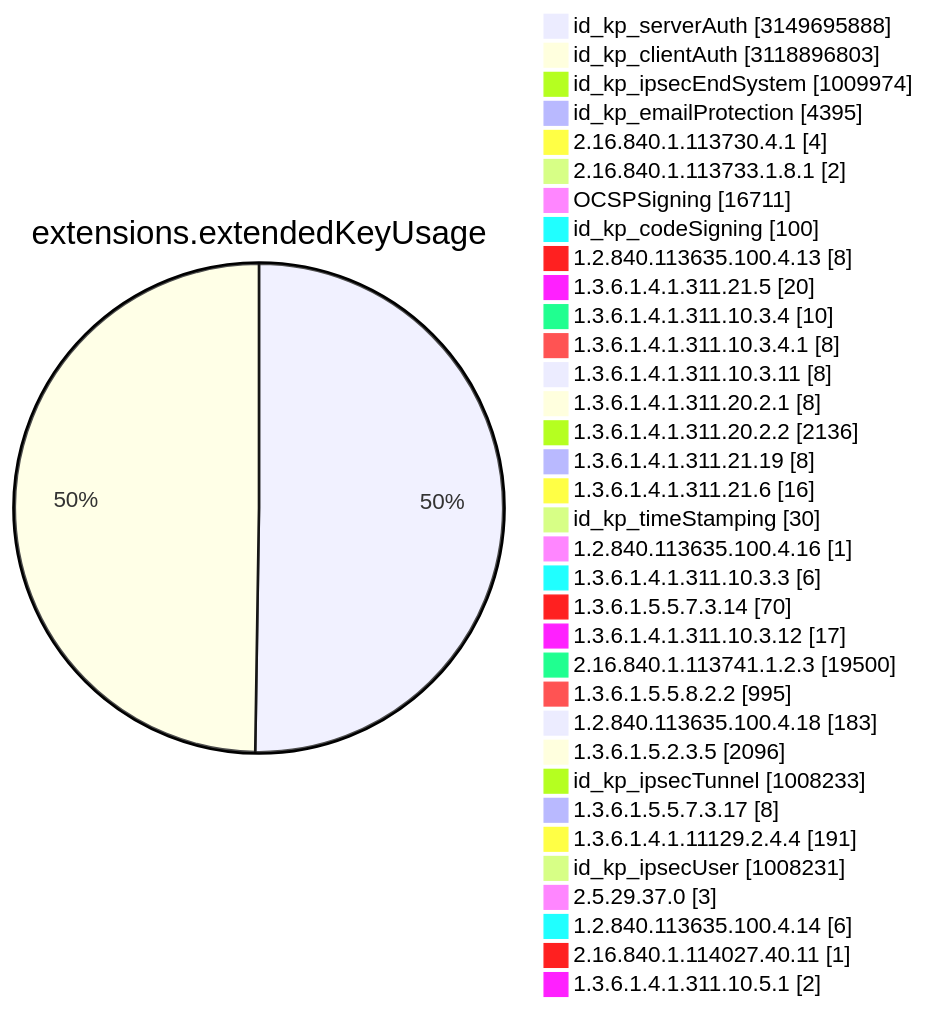
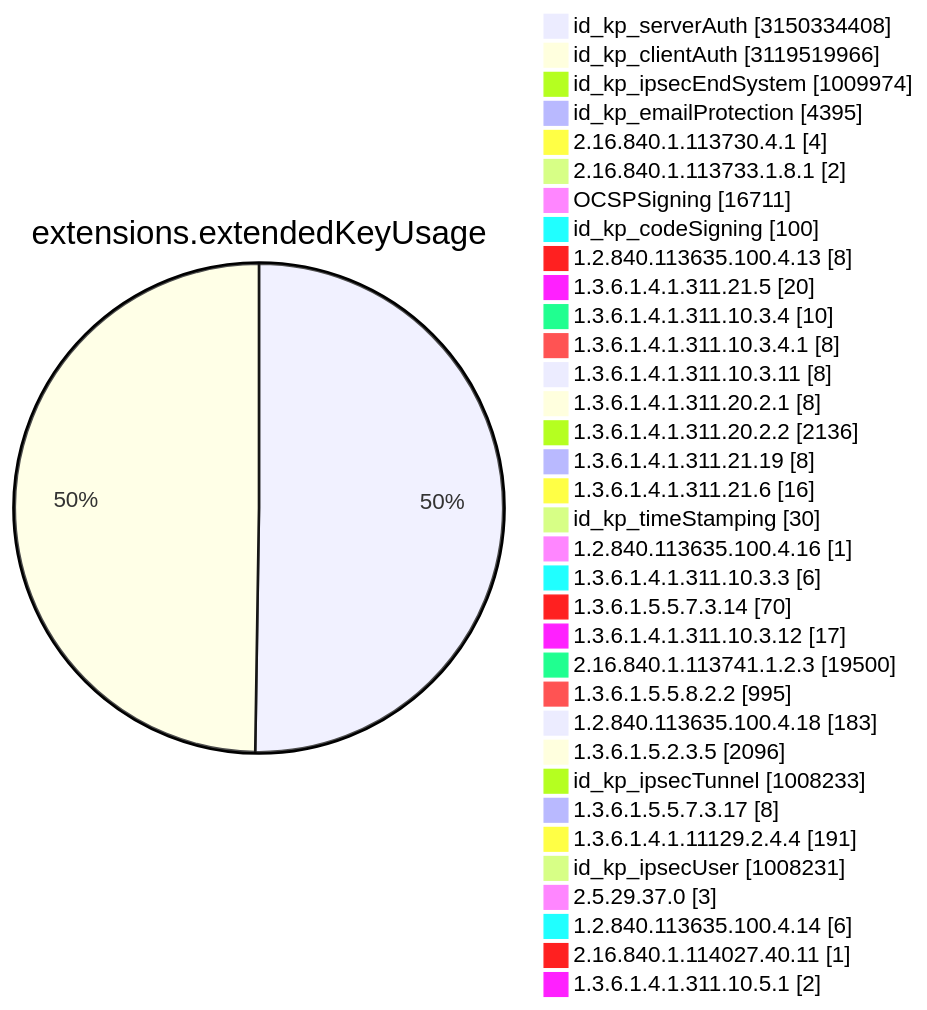
Before and after one commit to christiankrug/ctmonitor_visualization: diagram 11 of 15 in TOTAL/README.md, drawn with Mermaid. The commit also changed other lines of this file, not shown here.

````diff
--- a/TOTAL/README.md
+++ b/TOTAL/README.md
@@ -4119,38 +4119,38 @@
 ```mermaid
 pie showData
 title extensions.extendedKeyUsage
-"id_kp_serverAuth" :3149695888
-"id_kp_clientAuth" :3118896803
+"id_kp_serverAuth" :3150334408
+"id_kp_clientAuth" :3119519966
 "id_kp_ipsecEndSystem" :1009974
 "id_kp_emailProtection" :4395
 "2.16.840.1.113730.4.1" :4
 "2.16.840.1.113733.1.8.1" :2
 "OCSPSigning" :16711
 "id_kp_codeSigning" :100
 "1.2.840.113635.100.4.13" :8
 "1.3.6.1.4.1.311.21.5" :20
 "1.3.6.1.4.1.311.10.3.4" :10
 "1.3.6.1.4.1.311.10.3.4.1" :8
 "1.3.6.1.4.1.311.10.3.11" :8
 "1.3.6.1.4.1.311.20.2.1" :8
 "1.3.6.1.4.1.311.20.2.2" :2136
 "1.3.6.1.4.1.311.21.19" :8
 "1.3.6.1.4.1.311.21.6" :16
 "id_kp_timeStamping" :30
 "1.2.840.113635.100.4.16" :1
 "1.3.6.1.4.1.311.10.3.3" :6
 "1.3.6.1.5.5.7.3.14" :70
 "1.3.6.1.4.1.311.10.3.12" :17
 "2.16.840.1.113741.1.2.3" :19500
 "1.3.6.1.5.5.8.2.2" :995
 "1.2.840.113635.100.4.18" :183
 "1.3.6.1.5.2.3.5" :2096
 "id_kp_ipsecTunnel" :1008233
 "1.3.6.1.5.5.7.3.17" :8
 "1.3.6.1.4.1.11129.2.4.4" :191
 "id_kp_ipsecUser" :1008231
 "2.5.29.37.0" :3
 "1.2.840.113635.100.4.14" :6
 "2.16.840.1.114027.40.11" :1
 "1.3.6.1.4.1.311.10.5.1" :2
 ```
````
